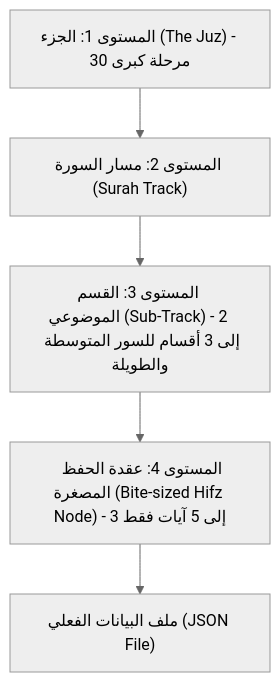
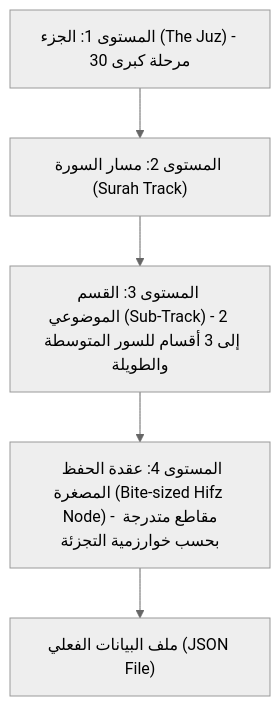
Before and after one commit to HuzhaifaEqbal/HEQ-Werdk_OpenSource: the diagram in File_md_ForAgent/QURAN_OASIS_BRIDGE.md, drawn with Mermaid (neutral theme). The commit also changed other lines of this file and 9 other files, not shown here.

````diff
--- a/File_md_ForAgent/QURAN_OASIS_BRIDGE.md
+++ b/File_md_ForAgent/QURAN_OASIS_BRIDGE.md
@@ -125,7 +127,7 @@
 ```mermaid
 flowchart TD
     Juz["المستوى 1: الجزء (The Juz) - 30 مرحلة كبرى"] --> Surah["المستوى 2: مسار السورة (Surah Track)"]
     Surah --> Section["المستوى 3: القسم الموضوعي (Sub-Track) - 2 إلى 3 أقسام للسور المتوسطة والطويلة"]
-    Section --> Node["المستوى 4: عقدة الحفظ المصغرة (Bite-sized Hifz Node) - 3 إلى 5 آيات فقط"]
+    Section --> Node["المستوى 4: عقدة الحفظ المصغرة (Bite-sized Hifz Node) - مقاطع متدرجة بحسب خوارزمية التجزئة"]
     Node --> JSON["ملف البيانات الفعلي (JSON File)"]
 ```
````
